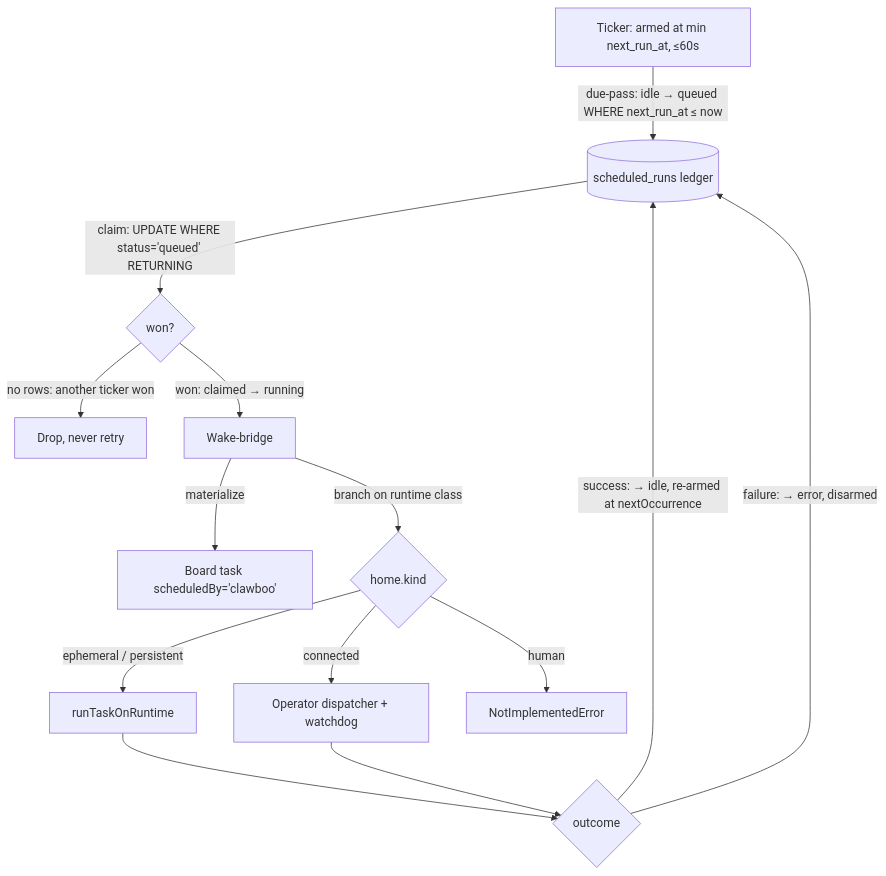
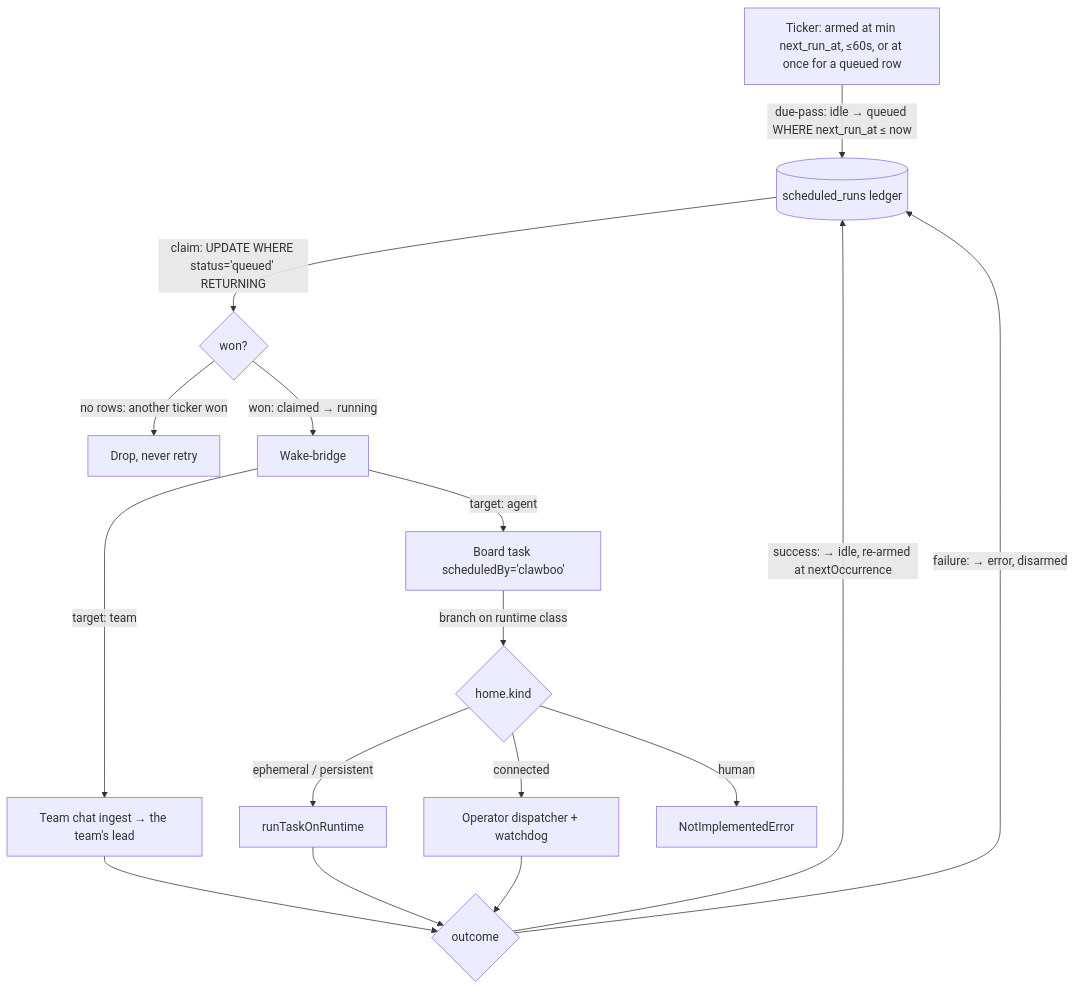
Before and after one commit to clawboo/clawboo: the diagram in docs/concepts/scheduling.md, drawn with Mermaid. The commit also changed other lines of this file and 98 other files, not shown here.

````diff
--- a/docs/concepts/scheduling.md
+++ b/docs/concepts/scheduling.md
@@ -35,21 +35,23 @@
 ```mermaid
 flowchart TD
     Ledger[(scheduled_runs ledger)]
-    Ticker[Ticker: armed at min next_run_at, ≤60s]
+    Ticker[Ticker: armed at min next_run_at, ≤60s, or at once for a queued row]
 
     Ticker -->|due-pass: idle → queued WHERE next_run_at ≤ now| Ledger
     Ledger -->|claim: UPDATE WHERE status='queued' RETURNING| Claim{won?}
     Claim -->|no rows: another ticker won| Drop[Drop, never retry]
     Claim -->|won: claimed → running| Bridge[Wake-bridge]
 
-    Bridge -->|materialize| Task[Board task scheduledBy='clawboo']
-    Bridge -->|branch on runtime class| Class{home.kind}
+    Bridge -->|target: team| Chat[Team chat ingest → the team's lead]
+    Bridge -->|target: agent| Task[Board task scheduledBy='clawboo']
+    Task -->|branch on runtime class| Class{home.kind}
     Class -->|ephemeral / persistent| OneShot[runTaskOnRuntime]
     Class -->|connected| Operator[Operator dispatcher + watchdog]
     Class -->|human| NI[NotImplementedError]
 
-    OneShot --> Outcome{outcome}
+    Chat --> Outcome{outcome}
+    OneShot --> Outcome
     Operator --> Outcome
     Outcome -->|success: → idle, re-armed at nextOccurrence| Ledger
     Outcome -->|failure: → error, disarmed| Ledger
 ```
````
